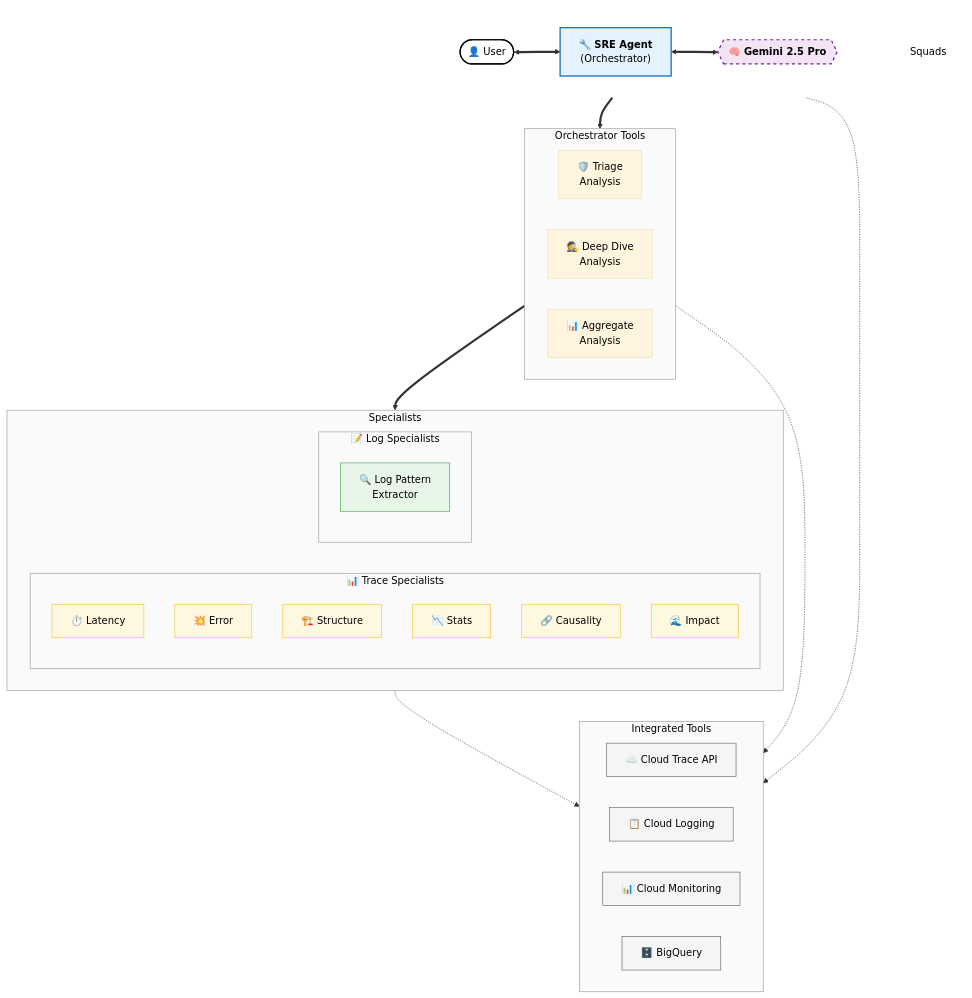
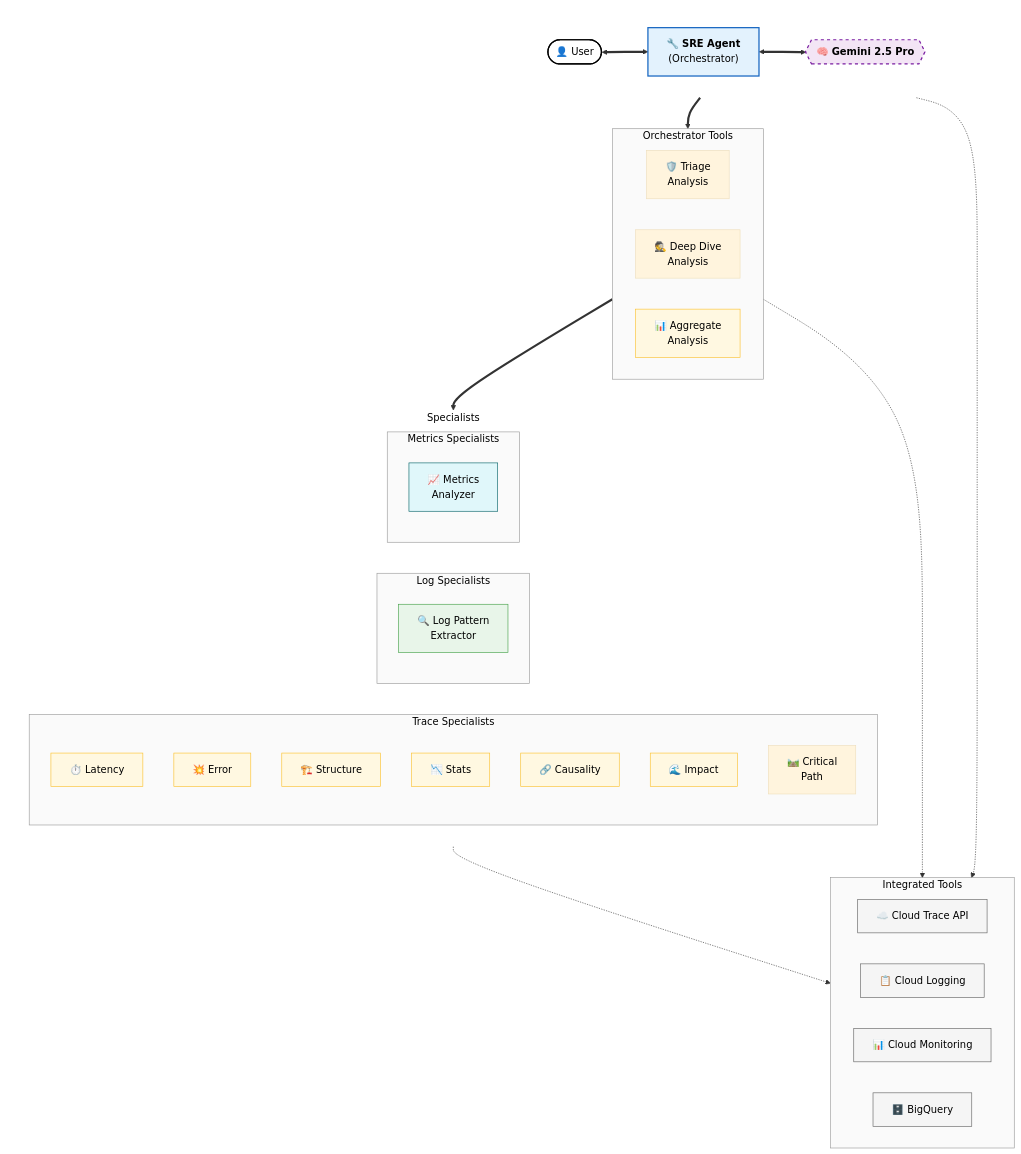
Before and after one commit to srtux/sre-agent: the first of 2 diagrams in README.md, drawn with Mermaid. The commit also changed other lines of this file and 1 other file, not shown here.

Commit message:
feat: introduce Metrics Specialists, Critical Path analysis, and cross-signal correlation with updated architecture and documentation.

```````diff
--- a/README.md
+++ b/README.md
@@ -46,7 +46,7 @@
     subgraph Specialists [Specialists]
         direction LR
 
-        subgraph TraceExperts [📊 Trace Specialists]
+        subgraph TraceExperts [Trace Specialists]
             direction TB
             L["⏱️ Latency"]
             E["💥 Error"]
@@ -54,11 +54,17 @@
             ST["📉 Stats"]
             C["🔗 Causality"]
             SI["🌊 Impact"]
+            CP["🛤️ Critical<br/>Path"]
         end
 
-        subgraph LogExperts [📝 Log Specialists]
+        subgraph LogExperts [Log Specialists]
             direction TB
             LP["🔍 Log Pattern<br/>Extractor"]
+        end
+
+        subgraph MetricsExperts [Metrics Specialists]
+            direction TB
+            MA["📈 Metrics<br/>Analyzer"]
         end
     end
 
@@ -77,19 +83,21 @@
     Orchestration -.-> ToolLayer
 
     style ControlRow fill:none,stroke:none
-    style Squads fill:none,stroke:none
+    style Specialists fill:none,stroke:none
 
     classDef userNode fill:#ffffff,stroke:#000000,stroke-width:2px;
     classDef agentNode fill:#e3f2fd,stroke:#1565c0,stroke-width:2px;
     classDef brainNode fill:#f3e5f5,stroke:#7b1fa2,stroke-width:2px,stroke-dasharray: 5 5;
     classDef squadNode fill:#fff8e1,stroke:#fbc02d,stroke-width:1px;
     classDef logNode fill:#e8f5e9,stroke:#43a047,stroke-width:1px;
+    classDef metricsNode fill:#e0f7fa,stroke:#006064,stroke-width:1px;
     classDef toolNode fill:#f5f5f5,stroke:#616161,stroke-width:1px;
 
     class User userNode;
     class Agent agentNode;
     class Gemini brainNode;
-    class AGG,L,E,S,ST,C,SI squadNode;
+    class AGG_TOOL,L,E,S,ST,C,SI squadNode;
     class LP logNode;
+    class MA metricsNode;
     class TraceAPI,LogAPI,MetricsAPI,BQ toolNode;
-```
+``````
```````
